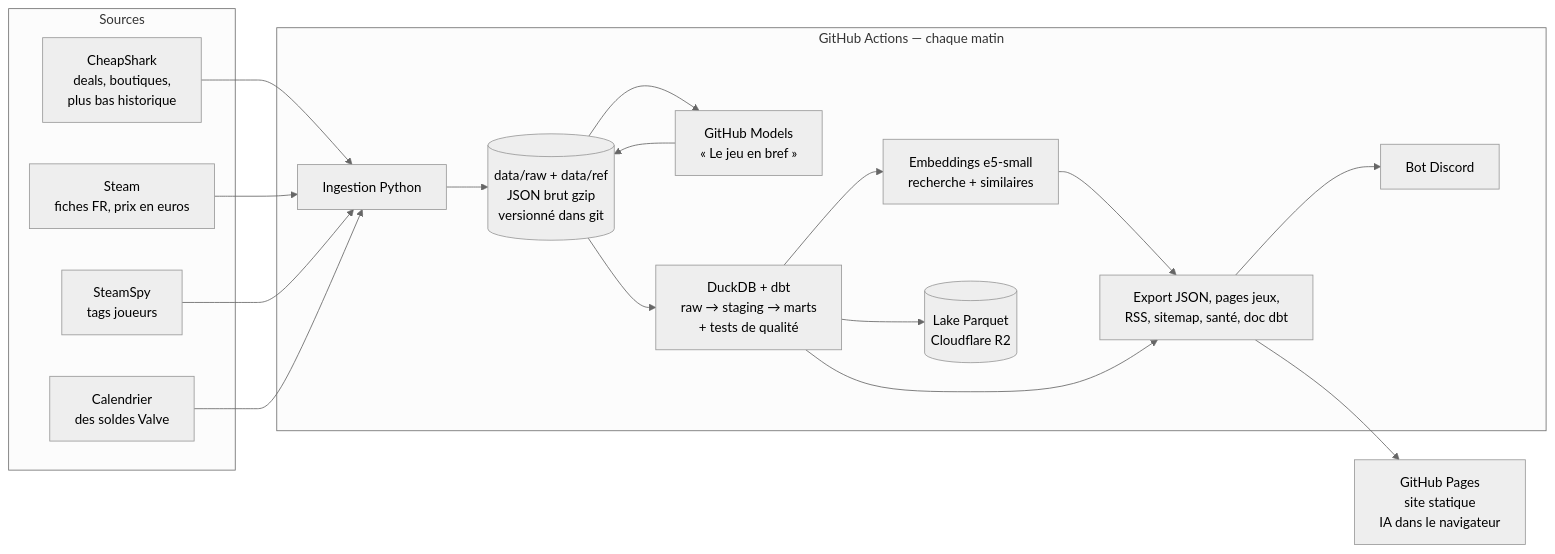
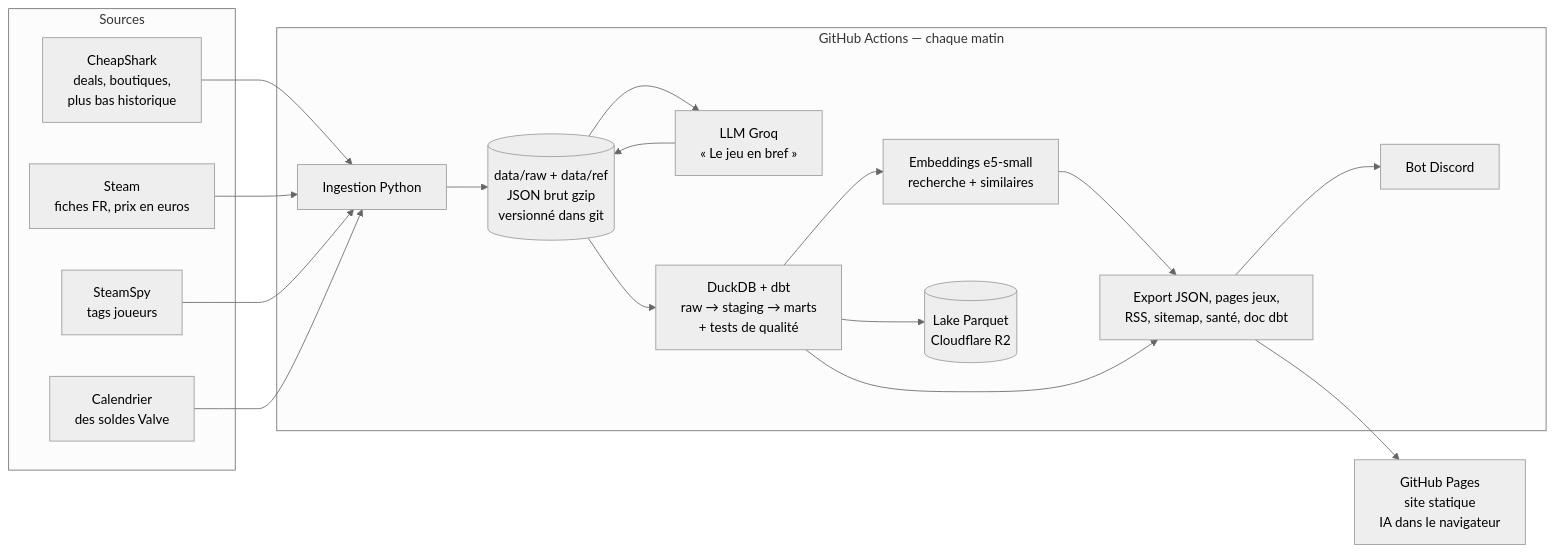
Before and after one commit to Slfire/deal-hunter: the diagram in README.md, drawn with Mermaid (neutral theme). The commit also changed other lines of this file and 3 other files, not shown here.

Commit message:
fix : « Le jeu en bref » via Groq (GitHub Models retiré)

````diff
--- a/README.md
+++ b/README.md
@@ -11,29 +11,29 @@
 ```mermaid
 flowchart LR
     subgraph Sources
         CS[CheapShark<br/>deals, boutiques,<br/>plus bas historique]
         ST[Steam<br/>fiches FR, prix en euros]
         SP[SteamSpy<br/>tags joueurs]
         VC[Calendrier<br/>des soldes Valve]
     end
 
     subgraph "GitHub Actions — chaque matin"
         ING[Ingestion Python]
         RAW[(data/raw + data/ref<br/>JSON brut gzip<br/>versionné dans git)]
-        LLM[GitHub Models<br/>« Le jeu en bref »]
+        LLM[LLM Groq<br/>« Le jeu en bref »]
         DBT[DuckDB + dbt<br/>raw → staging → marts<br/>+ tests de qualité]
         EMB[Embeddings e5-small<br/>recherche + similaires]
         PUB[Export JSON, pages jeux,<br/>RSS, sitemap, santé, doc dbt]
         LAKE[(Lake Parquet<br/>Cloudflare R2)]
         DIS[Bot Discord]
     end
 
     SITE[GitHub Pages<br/>site statique<br/>IA dans le navigateur]
 
     CS & ST & SP & VC --> ING --> RAW
     RAW --> LLM --> RAW
     RAW --> DBT --> EMB --> PUB --> SITE
     DBT --> PUB
     DBT --> LAKE
     PUB --> DIS
 ```
````
